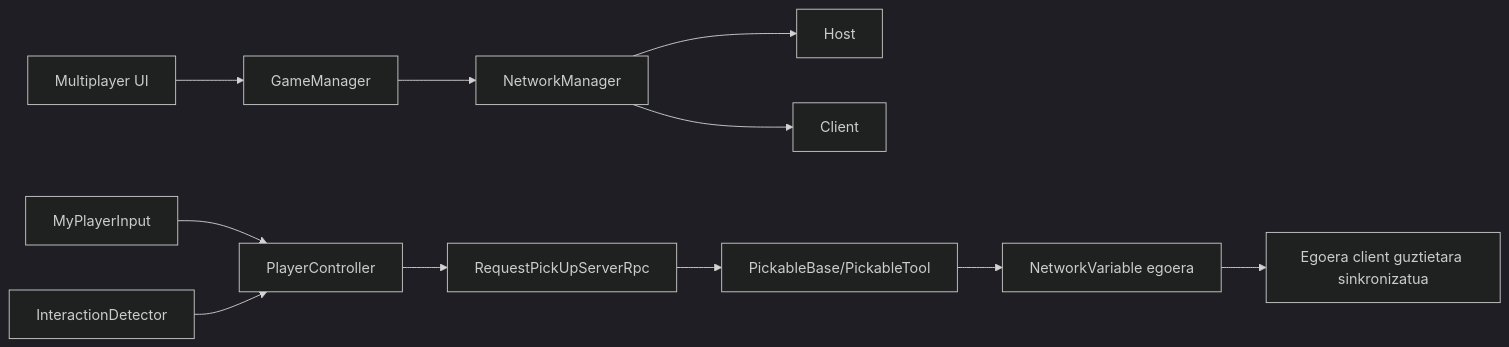
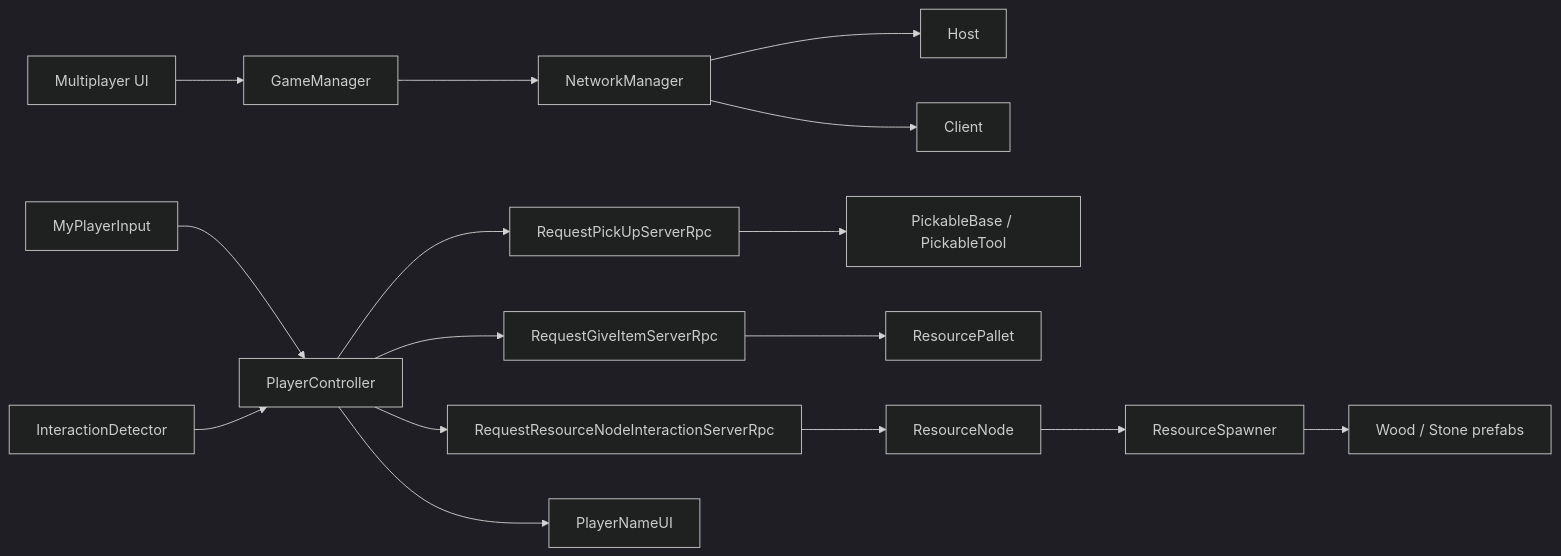
The first of 4 diagrams in MULTIPLAYER_DEVELOPMENT_GUIDE_EU.md (zmwebdev/Unity-Multiplayer-Tutorial-SVS), drawn with Mermaid (dark theme) before and after one commit. The commit also changed other lines of this file and 1 other file, not shown here.

````diff
--- a/MULTIPLAYER_DEVELOPMENT_GUIDE_EU.md
+++ b/MULTIPLAYER_DEVELOPMENT_GUIDE_EU.md
@@ -24,14 +25,19 @@
 ```mermaid
 flowchart LR
     UI[Multiplayer UI] --> GM[GameManager]
     GM --> NM[NetworkManager]
     NM --> Host[Host]
     NM --> Client[Client]
 
     PlayerInput[MyPlayerInput] --> PC[PlayerController]
     Detector[InteractionDetector] --> PC
-    PC --> SRPC[RequestPickUpServerRpc]
-    SRPC --> Pickable[PickableBase/PickableTool]
-    Pickable --> NV[NetworkVariable egoera]
-    NV --> AllClients[Egoera client guztietara sinkronizatua]
+    PC --> RPC1[RequestPickUpServerRpc]
+    PC --> RPC2[RequestGiveItemServerRpc]
+    PC --> RPC3[RequestResourceNodeInteractionServerRpc]
+    RPC1 --> Pickable[PickableBase / PickableTool]
+    RPC2 --> Pallet[ResourcePallet]
+    RPC3 --> Node[ResourceNode]
+    Node --> Spawner[ResourceSpawner]
+    Spawner --> Resources[Wood / Stone prefabs]
+    PC --> NameUI[PlayerNameUI]
 ```
````
